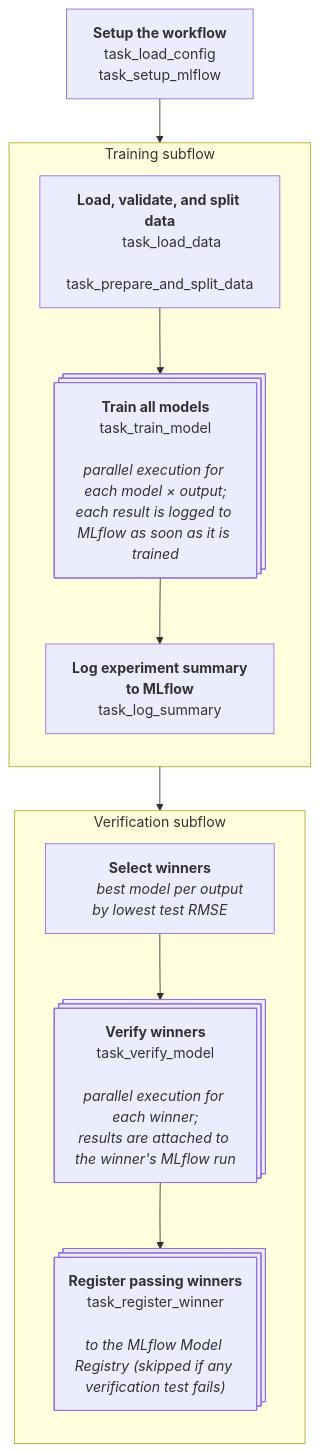
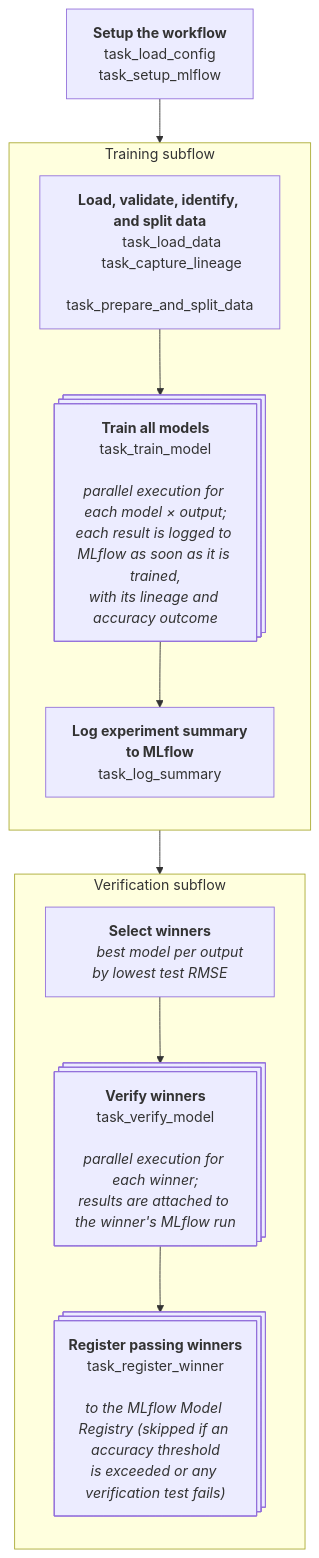
One commit to collab-uniba/Credibility-aware-MLOps changed the second of 2 diagrams in docs/workflow-architecture.md. Above: the diagram before and after it, drawn with Mermaid. The commit also changed other lines of this file and 2 other files, not shown here.

Commit message:
Document lineage, the accuracy gate, evidence queries and serving

````diff
--- a/docs/workflow-architecture.md
+++ b/docs/workflow-architecture.md
@@ -41,37 +42,38 @@
 ```mermaid
 flowchart TD
     flow_setup[<b>Setup the workflow</b>
       task_load_config
       task_setup_mlflow]
 
-    data_loading[<b>Load, validate, and split data</b>
+    data_loading[<b>Load, validate, identify, and split data</b>
       task_load_data
+      task_capture_lineage
       task_prepare_and_split_data]
 
-    model_training@{ shape: procs, label: "**Train all models**<br>task_train_model<br><br>*parallel execution for each model × output;<br>each result is logged to MLflow as soon as it is trained*" }
+    model_training@{ shape: procs, label: "**Train all models**<br>task_train_model<br><br>*parallel execution for each model × output;<br>each result is logged to MLflow as soon as it is trained,<br>with its lineage and accuracy outcome*" }
 
     log_summary[<b>Log experiment summary
             to MLflow</b>
       task_log_summary]
 
     select_winners[<b>Select winners</b>
       <i>best model per output by lowest test RMSE</i>]
 
     verify_best_models@{ shape: procs, label: "**Verify winners**<br>task_verify_model<br><br>*parallel execution for each winner;<br>results are attached to the winner's MLflow run*" }
 
-    register_winners@{ shape: procs, label: "**Register passing winners**<br>task_register_winner<br><br>*to the MLflow Model Registry (skipped if any verification test fails)*" }
+    register_winners@{ shape: procs, label: "**Register passing winners**<br>task_register_winner<br><br>*to the MLflow Model Registry (skipped if an accuracy threshold<br>is exceeded or any verification test fails)*" }
 
 
     flow_setup --> data_loading
     subgraph training_subflow [Training subflow]
         direction TB
         data_loading --> model_training
         model_training --> log_summary
     end
     subgraph verification_subflow [Verification subflow]
         direction TB
         select_winners --> verify_best_models
         verify_best_models --> register_winners
     end
     log_summary --> select_winners
 ```
````
